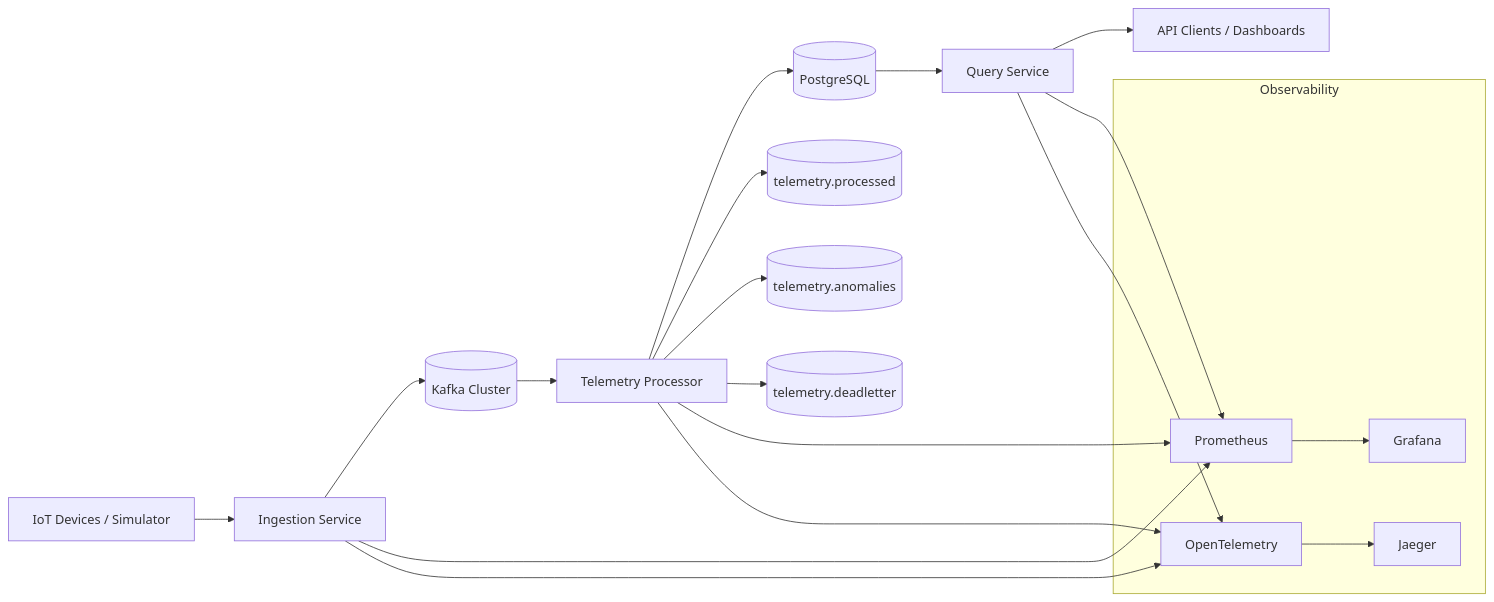
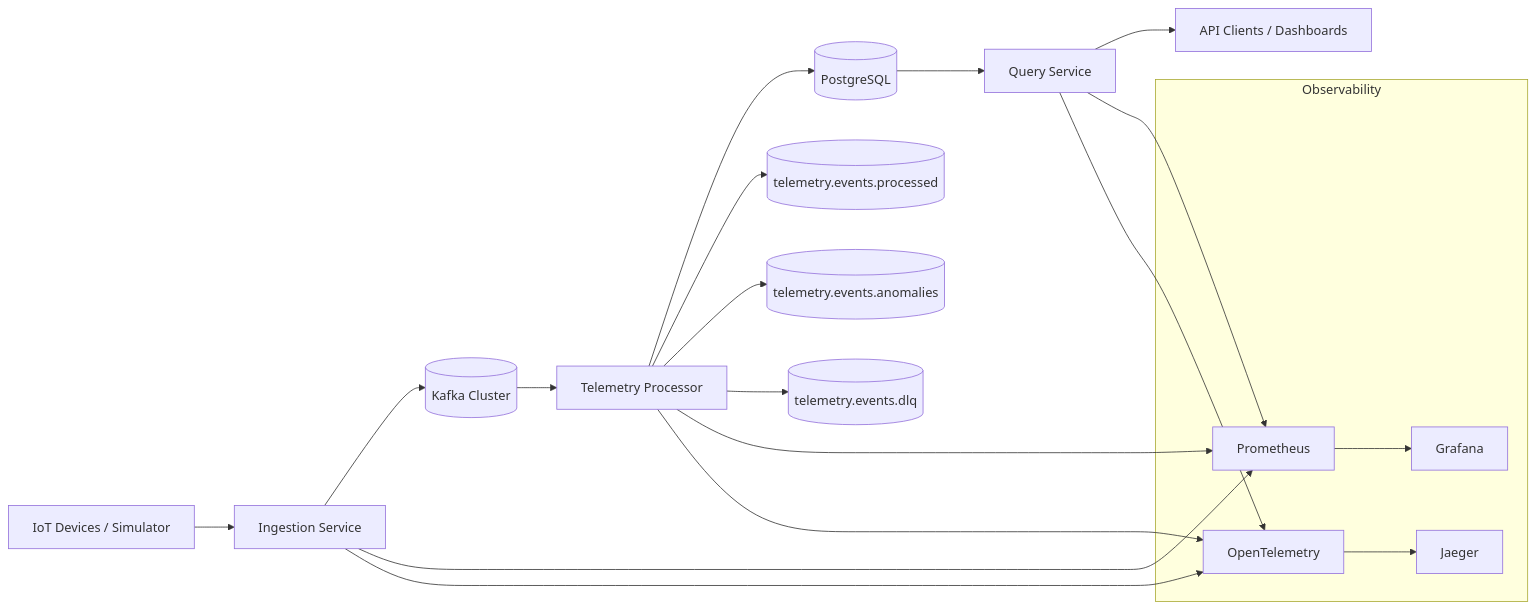
Before and after one commit to ME-Massine/pulsestream: the second of 4 diagrams in docs/architecture/c4-model.md, drawn with Mermaid. The commit also changed other lines of this file and 5 other files, not shown here.

Commit message:
docs: fix architecture documentation consistency issues (#55)

````diff
--- a/docs/architecture/c4-model.md
+++ b/docs/architecture/c4-model.md
@@ -60,32 +60,32 @@
 ```mermaid
 flowchart LR
     A[IoT Devices / Simulator] --> B[Ingestion Service]
     B --> C[(Kafka Cluster)]
 
     C --> D[Telemetry Processor]
     D --> E[(PostgreSQL)]
     E --> F[Query Service]
     F --> G[API Clients / Dashboards]
 
-    D --> H[(telemetry.processed)]
-    D --> I[(telemetry.anomalies)]
-    D --> J[(telemetry.deadletter)]
+    D --> H[(telemetry.events.processed)]
+    D --> I[(telemetry.events.anomalies)]
+    D --> J[(telemetry.events.dlq)]
 
     subgraph Observability
         K[Prometheus]
         L[Grafana]
         M[OpenTelemetry]
         N[Jaeger]
     end
 
     B --> K
     D --> K
     F --> K
 
     B --> M
     D --> M
     F --> M
 
     M --> N
     K --> L
 ```
````
